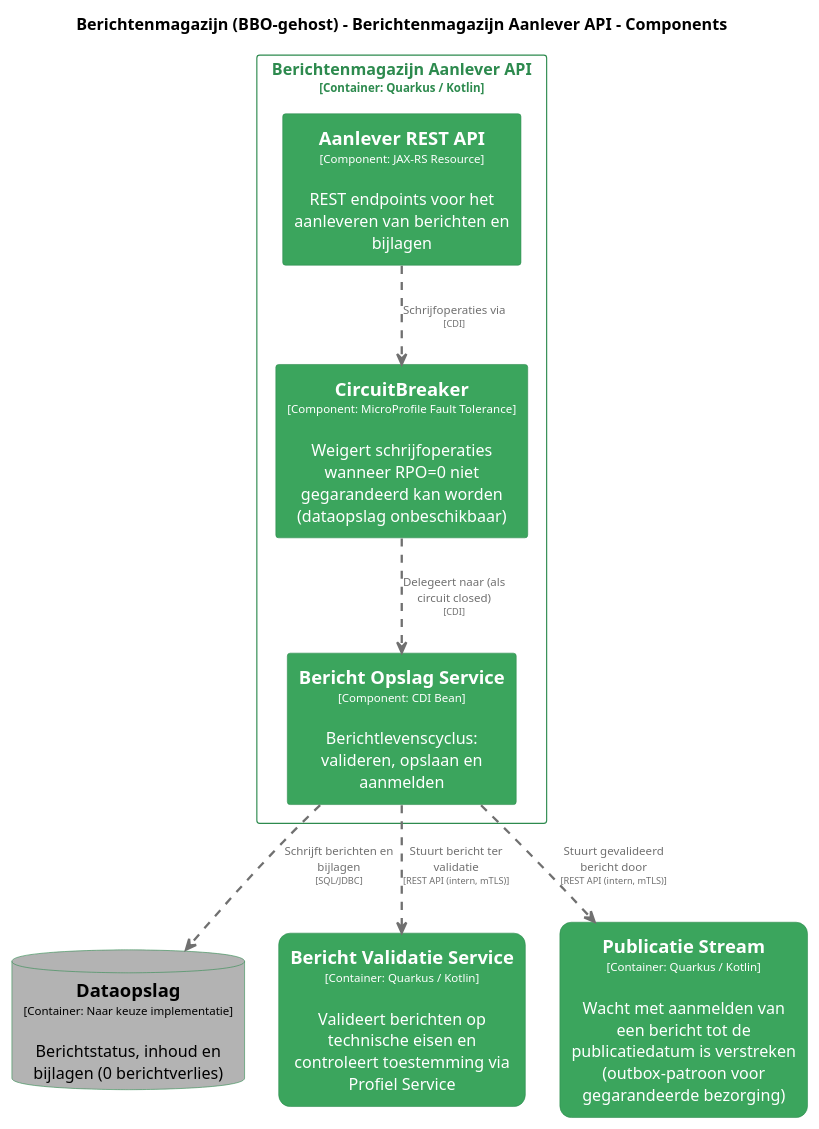
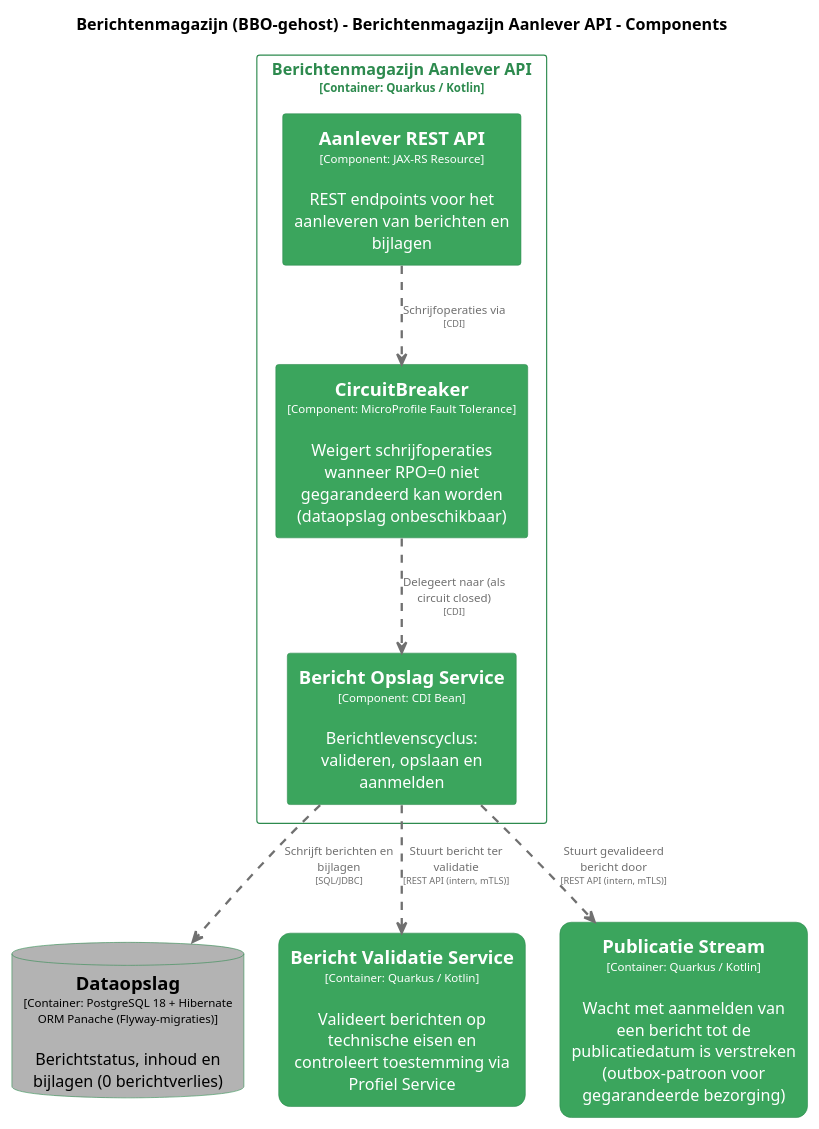
One commit to MinBZK/moza-poc-fbs-berichtenbox changed the diagram in master/puml/AanleverAPIComponenten.puml. Above: the diagram before and after it, drawn with PlantUML. The commit also changed 66 other files, not shown here.

```diff
--- a/master/puml/AanleverAPIComponenten.puml
+++ b/master/puml/AanleverAPIComponenten.puml
@@ -1,77 +1,77 @@
 @startuml
 set separator none
 title Berichtenmagazijn (BBO-gehost) - Berichtenmagazijn Aanlever API - Components
 
 top to bottom direction
 skinparam ranksep 60
 skinparam nodesep 30
 
 skinparam {
   arrowFontSize 10
   defaultTextAlignment center
   wrapWidth 200
   maxMessageSize 100
 }
 
 hide stereotype
 
 skinparam rectangle<<BerichtenmagazijnBBOgehost.BerichtenmagazijnAanleverAPI.AanleverRESTAPI>> {
   BackgroundColor #3ba55d
   FontColor #ffffff
   BorderColor #2d8a4e
   shadowing false
 }
 skinparam rectangle<<BerichtenmagazijnBBOgehost.BerichtenmagazijnAanleverAPI.BerichtOpslagService>> {
   BackgroundColor #3ba55d
   FontColor #ffffff
   BorderColor #2d8a4e
   shadowing false
 }
 skinparam rectangle<<BerichtenmagazijnBBOgehost.BerichtValidatieService>> {
   BackgroundColor #3ba55d
   FontColor #ffffff
   BorderColor #2d8a4e
   roundCorner 20
   shadowing false
 }
 skinparam rectangle<<BerichtenmagazijnBBOgehost.BerichtenmagazijnAanleverAPI.CircuitBreaker>> {
   BackgroundColor #3ba55d
   FontColor #ffffff
   BorderColor #2d8a4e
   shadowing false
 }
 skinparam database<<BerichtenmagazijnBBOgehost.Dataopslag>> {
   BackgroundColor #b3b3b3
   FontColor #000000
   BorderColor #2d8a4e
   shadowing false
 }
 skinparam rectangle<<BerichtenmagazijnBBOgehost.PublicatieStream>> {
   BackgroundColor #3ba55d
   FontColor #ffffff
   BorderColor #2d8a4e
   roundCorner 20
   shadowing false
 }
 skinparam rectangle<<BerichtenmagazijnBBOgehost.BerichtenmagazijnAanleverAPI>> {
   BorderColor #2d8a4e
   FontColor #2d8a4e
   shadowing false
 }
 
-database "==Dataopslag\n<size:10>[Container: Naar keuze implementatie]</size>\n\nBerichtstatus, inhoud en bijlagen (0 berichtverlies)" <<BerichtenmagazijnBBOgehost.Dataopslag>> as BerichtenmagazijnBBOgehost.Dataopslag
+database "==Dataopslag\n<size:10>[Container: PostgreSQL 18 + Hibernate ORM Panache (Flyway-migraties)]</size>\n\nBerichtstatus, inhoud en bijlagen (0 berichtverlies)" <<BerichtenmagazijnBBOgehost.Dataopslag>> as BerichtenmagazijnBBOgehost.Dataopslag
 rectangle "==Bericht Validatie Service\n<size:10>[Container: Quarkus / Kotlin]</size>\n\nValideert berichten op technische eisen en controleert toestemming via Profiel Service" <<BerichtenmagazijnBBOgehost.BerichtValidatieService>> as BerichtenmagazijnBBOgehost.BerichtValidatieService
 rectangle "==Publicatie Stream\n<size:10>[Container: Quarkus / Kotlin]</size>\n\nWacht met aanmelden van een bericht tot de publicatiedatum is verstreken (outbox-patroon voor gegarandeerde bezorging)" <<BerichtenmagazijnBBOgehost.PublicatieStream>> as BerichtenmagazijnBBOgehost.PublicatieStream
 
 rectangle "Berichtenmagazijn Aanlever API\n<size:10>[Container: Quarkus / Kotlin]</size>" <<BerichtenmagazijnBBOgehost.BerichtenmagazijnAanleverAPI>> {
   rectangle "==Aanlever REST API\n<size:10>[Component: JAX-RS Resource]</size>\n\nREST endpoints voor het aanleveren van berichten en bijlagen" <<BerichtenmagazijnBBOgehost.BerichtenmagazijnAanleverAPI.AanleverRESTAPI>> as BerichtenmagazijnBBOgehost.BerichtenmagazijnAanleverAPI.AanleverRESTAPI
   rectangle "==CircuitBreaker\n<size:10>[Component: MicroProfile Fault Tolerance]</size>\n\nWeigert schrijfoperaties wanneer RPO=0 niet gegarandeerd kan worden (dataopslag onbeschikbaar)" <<BerichtenmagazijnBBOgehost.BerichtenmagazijnAanleverAPI.CircuitBreaker>> as BerichtenmagazijnBBOgehost.BerichtenmagazijnAanleverAPI.CircuitBreaker
   rectangle "==Bericht Opslag Service\n<size:10>[Component: CDI Bean]</size>\n\nBerichtlevenscyclus: valideren, opslaan en aanmelden" <<BerichtenmagazijnBBOgehost.BerichtenmagazijnAanleverAPI.BerichtOpslagService>> as BerichtenmagazijnBBOgehost.BerichtenmagazijnAanleverAPI.BerichtOpslagService
 }
 
 BerichtenmagazijnBBOgehost.BerichtenmagazijnAanleverAPI.AanleverRESTAPI .[#707070,thickness=2].> BerichtenmagazijnBBOgehost.BerichtenmagazijnAanleverAPI.CircuitBreaker : "<color:#707070>Schrijfoperaties via\n<color:#707070><size:8>[CDI]</size>"
 BerichtenmagazijnBBOgehost.BerichtenmagazijnAanleverAPI.CircuitBreaker .[#707070,thickness=2].> BerichtenmagazijnBBOgehost.BerichtenmagazijnAanleverAPI.BerichtOpslagService : "<color:#707070>Delegeert naar (als circuit closed)\n<color:#707070><size:8>[CDI]</size>"
 BerichtenmagazijnBBOgehost.BerichtenmagazijnAanleverAPI.BerichtOpslagService .[#707070,thickness=2].> BerichtenmagazijnBBOgehost.Dataopslag : "<color:#707070>Schrijft berichten en bijlagen\n<color:#707070><size:8>[SQL/JDBC]</size>"
 BerichtenmagazijnBBOgehost.BerichtenmagazijnAanleverAPI.BerichtOpslagService .[#707070,thickness=2].> BerichtenmagazijnBBOgehost.BerichtValidatieService : "<color:#707070>Stuurt bericht ter validatie\n<color:#707070><size:8>[REST API (intern, mTLS)]</size>"
 BerichtenmagazijnBBOgehost.BerichtenmagazijnAanleverAPI.BerichtOpslagService .[#707070,thickness=2].> BerichtenmagazijnBBOgehost.PublicatieStream : "<color:#707070>Stuurt gevalideerd bericht door\n<color:#707070><size:8>[REST API (intern, mTLS)]</size>"
 @enduml
```
